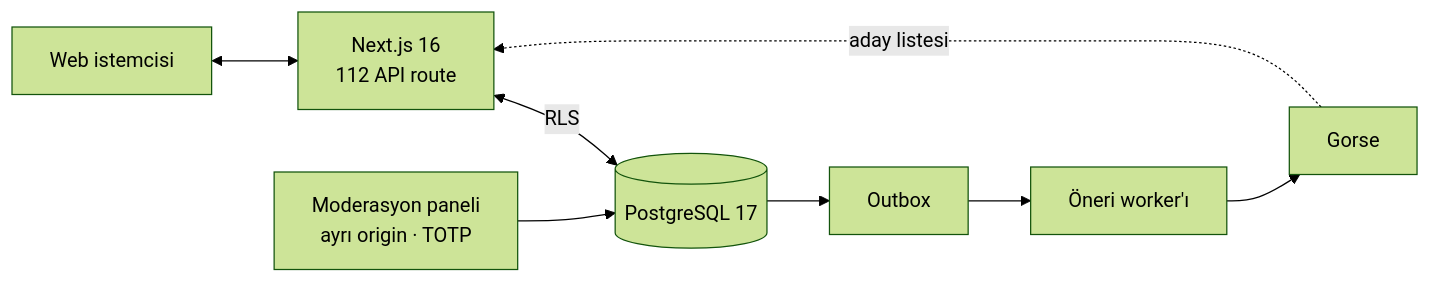
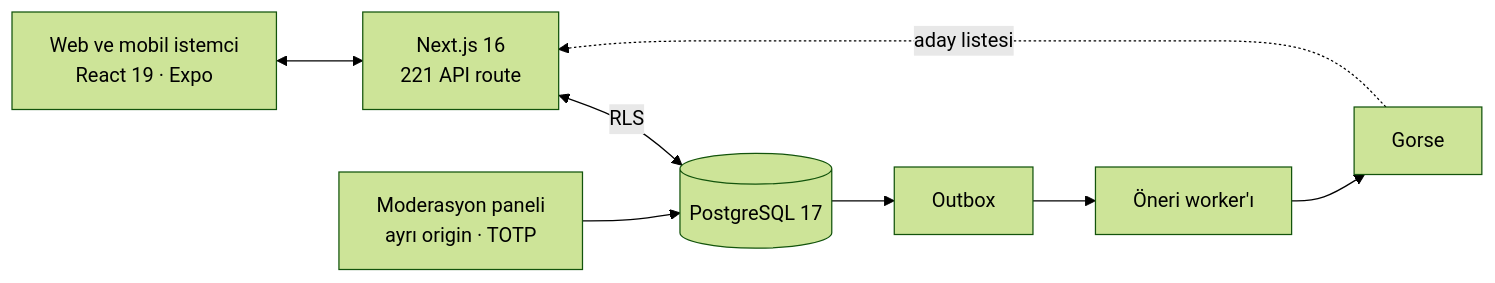
Before and after one commit to LightWonkas/avizi-showcase: the diagram in README.md, drawn with Mermaid (forest theme). The commit also changed other lines of this file and 5 other files, not shown here.

````diff
--- a/README.md
+++ b/README.md
@@ -31,10 +46,10 @@
 ```mermaid
 flowchart LR
-  C[Web istemcisi] <--> N[Next.js 16<br/>112 API route]
+  C[Web ve mobil istemci<br/>React 19 · Expo] <--> N[Next.js 16<br/>221 API route]
   N <-->|RLS| DB[(PostgreSQL 17)]
   DB --> O[Outbox]
   O --> W[Öneri worker'ı]
   W --> G[Gorse]
   G -.->|aday listesi| N
   M[Moderasyon paneli<br/>ayrı origin · TOTP] --> DB
 ```
````
